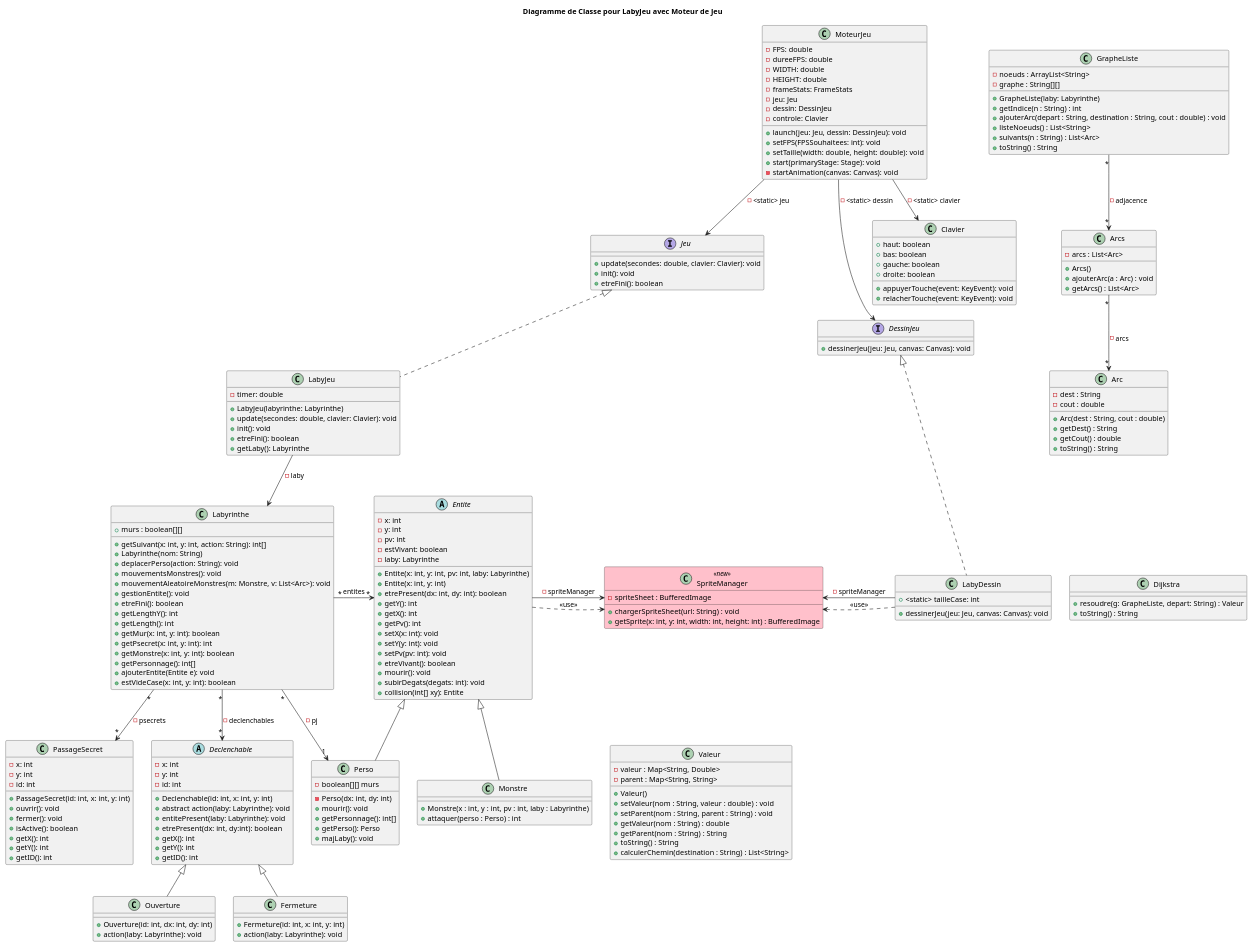
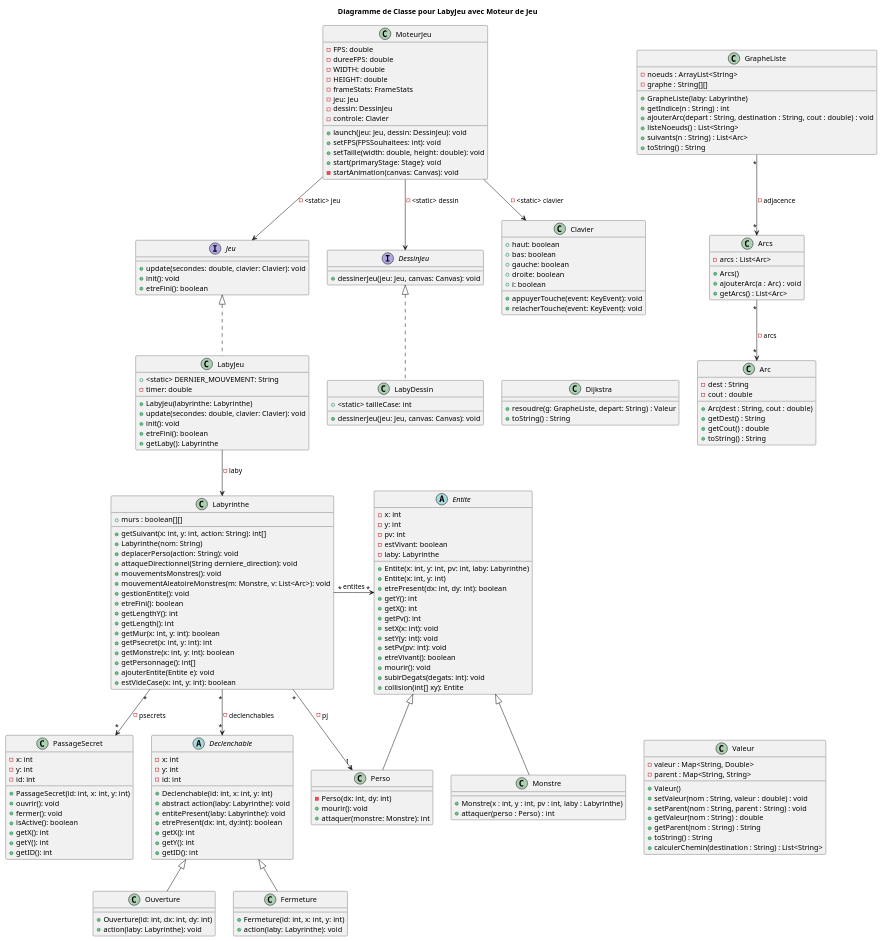
The diagram in zeldiablo/src/gameLaby/Fonctionnement_Diag.puml (adrienMGN/2024_Zeldiablo_mangin225u_dewasch2u_favier36u_fontaine_noel332u), drawn with PlantUML before and after one commit. The commit also changed 1 other file, not shown here.

Commit message:
update uml + spritemanager draft

```diff
--- a/zeldiablo/src/gameLaby/Fonctionnement_Diag.puml
+++ b/zeldiablo/src/gameLaby/Fonctionnement_Diag.puml
@@ -8,6 +8,7 @@
 }
 
 class LabyJeu {
+    +<static> DERNIER_MOUVEMENT: String
     -timer: double
 
     +LabyJeu(labyrinthe: Labyrinthe)
@@ -33,6 +34,7 @@
     +getSuivant(x: int, y: int, action: String): int[]
     +Labyrinthe(nom: String)
     +deplacerPerso(action: String): void
+    +attaqueDirectionnel(String derniere_direction): void
     +mouvementsMonstres(): void
     +mouvementAleatoireMonstres(m: Monstre, v: List<Arc>): void
     +gestionEntite(): void
@@ -52,6 +54,7 @@
     +bas: boolean
     +gauche: boolean
     +droite: boolean
+    +i: boolean
     +appuyerTouche(event: KeyEvent): void
     +relacherTouche(event: KeyEvent): void
 }
@@ -76,12 +79,13 @@
     + attaquer(perso : Perso) : int
              }
 class Perso {
-    -boolean[][] murs
+'    -boolean[][] murs
     -Perso(dx: int, dy: int)
     +mourir(): void
-    +getPersonnage(): int[]
-    +getPerso(): Perso
-    +majLaby(): void
+'    +getPersonnage(): int[]
+'    +getPerso(): Perso
+'    +majLaby(): void
+     +attaquer(monstre: Monstre): int
 }
 
 abstract class Declenchable {
@@ -188,14 +192,14 @@
     + calculerChemin(destination : String) : List<String>
             }
 
-    skinparam class {
-        BackgroundColor<<new>> Pink
-    }
-    class SpriteManager <<new>> {
-        - spriteSheet : BufferedImage
-        + chargerSpriteSheet(url: String) : void
-        + getSprite(x: int, y: int, width: int, height: int) : BufferedImage
-    }
+'    skinparam class {
+'        BackgroundColor<<new>> Pink
+'    }
+'    class SpriteManager <<new>> {
+'        - spriteSheet : BufferedImage
+'        + chargerSpriteSheet(url: String) : void
+'        + getSprite(x: int, y: int, width: int, height: int) : BufferedImage
+'    }
 
 
 
@@ -226,12 +230,12 @@
 Labyrinthe "*"-> "*" Entite : entites
 
 'Ajout du SpriteManager
-Entite ..> SpriteManager : <<use>>
-LabyDessin ..> SpriteManager : <<use>>
-
-LabyDessin -> SpriteManager : -spriteManager
-Entite -> SpriteManager : -spriteManager
-SpriteManager -[hidden]-> LabyDessin
+'Entite ..> SpriteManager : <<use>>
+'LabyDessin ..> SpriteManager : <<use>>
+'
+'LabyDessin -> SpriteManager : -spriteManager
+'Entite -> SpriteManager : -spriteManager
+'SpriteManager -[hidden]-> LabyDessin
 
 
 
```
